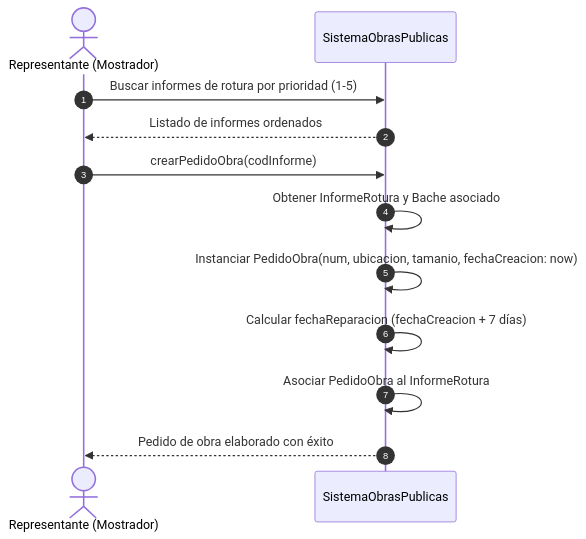
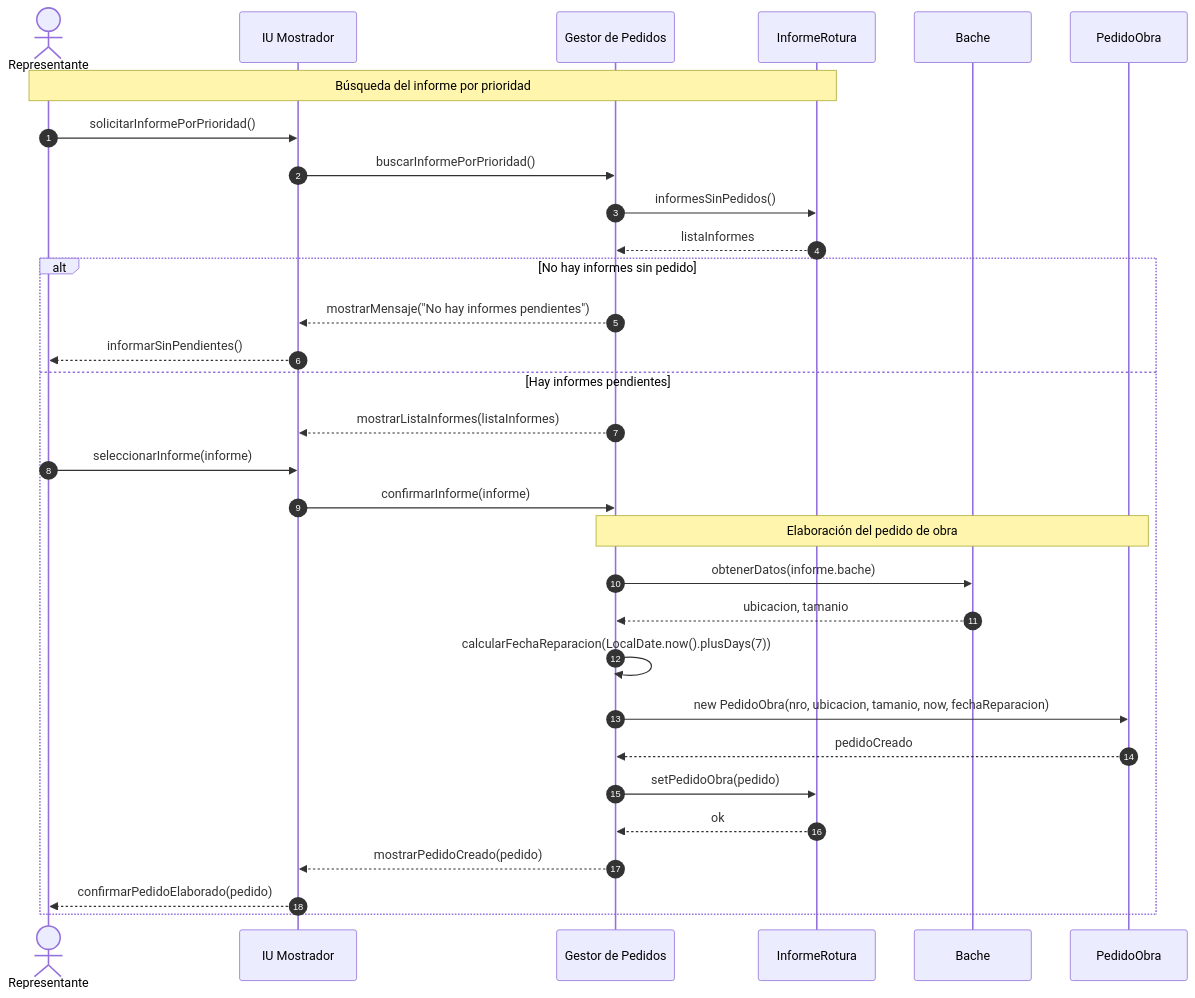
One commit to Gunxo116/BarbeitoYamil-TemaC changed the fifth of 7 diagrams in docs/diagramas.md. Above: the diagram before and after it, drawn with Mermaid. The commit also changed other lines of this file, not shown here.

Commit message:
docs: align sequence diagrams with PlantUML specification from customer

````diff
--- a/docs/diagramas.md
+++ b/docs/diagramas.md
@@ -206,15 +412,36 @@
 ```mermaid
 sequenceDiagram
     autonumber
-    actor R as Representante (Mostrador)
-    participant S as SistemaObrasPublicas
+    actor REP as Representante
+    participant IUM as IU Mostrador
+    participant GP as Gestor de Pedidos
+    participant INF as InformeRotura
+    participant BAC as Bache
+    participant PED as PedidoObra
 
-    R->>S: Buscar informes de rotura por prioridad (1-5)
-    S-->>R: Listado de informes ordenados
-    R->>S: crearPedidoObra(codInforme)
-    S->>S: Obtener InformeRotura y Bache asociado
-    S->>S: Instanciar PedidoObra(num, ubicacion, tamanio, fechaCreacion: now)
-    S->>S: Calcular fechaReparacion (fechaCreacion + 7 días)
-    S->>S: Asociar PedidoObra al InformeRotura
-    S-->>R: Pedido de obra elaborado con éxito
+    Note over REP, INF: Búsqueda del informe por prioridad
+    REP->>IUM: solicitarInformePorPrioridad()
+    IUM->>GP: buscarInformePorPrioridad()
+    GP->>INF: informesSinPedidos()
+    INF-->>GP: listaInformes
+
+    alt No hay informes sin pedido
+        GP-->>IUM: mostrarMensaje("No hay informes pendientes")
+        IUM-->>REP: informarSinPendientes()
+    else Hay informes pendientes
+        GP-->>IUM: mostrarListaInformes(listaInformes)
+        REP->>IUM: seleccionarInforme(informe)
+        IUM->>GP: confirmarInforme(informe)
+
+        Note over GP, PED: Elaboración del pedido de obra
+        GP->>BAC: obtenerDatos(informe.bache)
+        BAC-->>GP: ubicacion, tamanio
+        GP->>GP: calcularFechaReparacion(LocalDate.now().plusDays(7))
+        GP->>PED: new PedidoObra(nro, ubicacion, tamanio, now, fechaReparacion)
+        PED-->>GP: pedidoCreado
+        GP->>INF: setPedidoObra(pedido)
+        INF-->>GP: ok
+        GP-->>IUM: mostrarPedidoCreado(pedido)
+        IUM-->>REP: confirmarPedidoElaborado(pedido)
+    end
 ```
````
